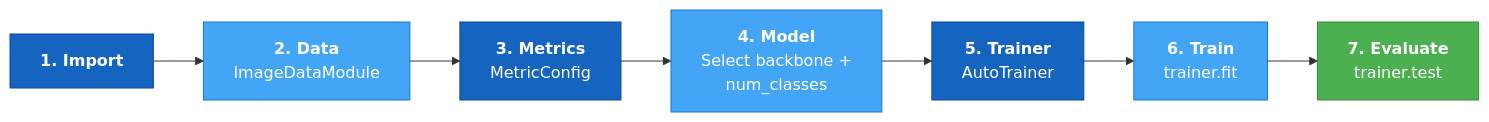
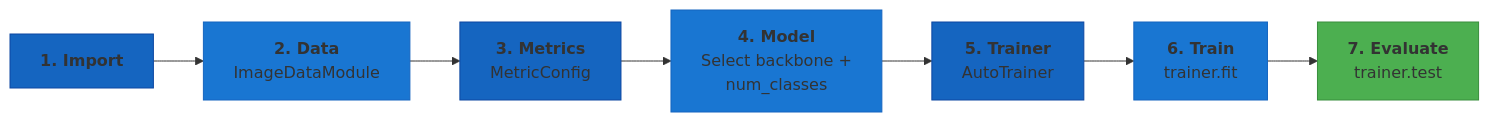
The diagram in docs/getting-started/quickstart.md (theja-vanka/AutoTimm), drawn with Mermaid before and after one commit. The commit also changed 37 other files, not shown here.

````diff
--- a/docs/getting-started/quickstart.md
+++ b/docs/getting-started/quickstart.md
@@ -7,17 +7,17 @@
 ```mermaid
 graph LR
     A[<b>1. Import</b>] --> B[<b>2. Data</b><br/>ImageDataModule]
     B --> C[<b>3. Metrics</b><br/>MetricConfig]
     C --> D[<b>4. Model</b><br/>Select backbone +<br/>num_classes]
     D --> E[<b>5. Trainer</b><br/>AutoTrainer]
     E --> F[<b>6. Train</b><br/>trainer.fit]
     F --> G[<b>7. Evaluate</b><br/>trainer.test]
 
-    style A fill:#1565C0,stroke:#0D47A1,color:#fff
-    style B fill:#42A5F5,stroke:#1976D2,color:#fff
-    style C fill:#1565C0,stroke:#0D47A1,color:#fff
-    style D fill:#42A5F5,stroke:#1976D2,color:#fff
-    style E fill:#1565C0,stroke:#0D47A1,color:#fff
-    style F fill:#42A5F5,stroke:#1976D2,color:#fff
-    style G fill:#4CAF50,stroke:#388E3C,color:#fff
+    style A fill:#1565C0,stroke:#0D47A1
+    style B fill:#1976D2,stroke:#1565C0
+    style C fill:#1565C0,stroke:#0D47A1
+    style D fill:#1976D2,stroke:#1565C0
+    style E fill:#1565C0,stroke:#0D47A1
+    style F fill:#1976D2,stroke:#1565C0
+    style G fill:#4CAF50,stroke:#388E3C
 ```
````
